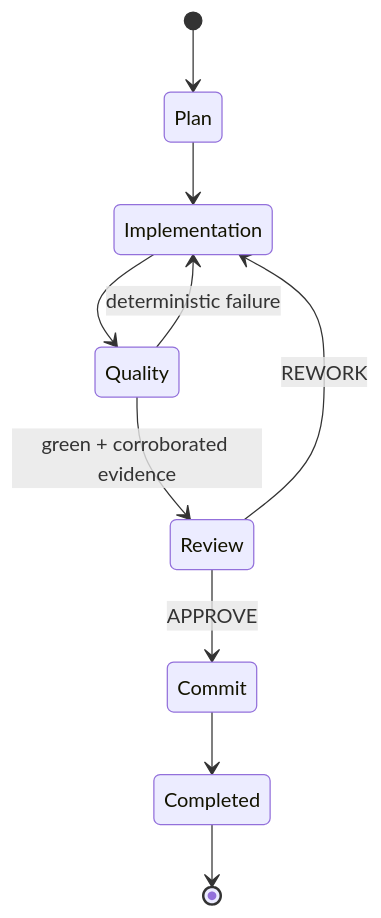
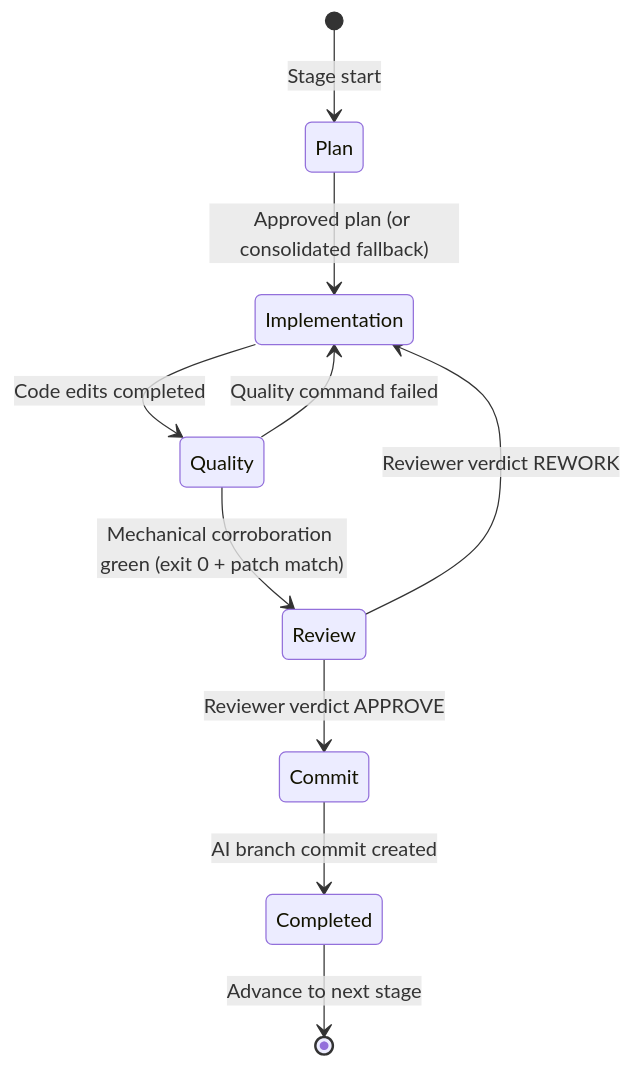
Before and after one commit to blackandcode/ai-universal-coding-harness: the second of 3 diagrams in docs/state-and-resume.md, drawn with Mermaid. The commit also changed other lines of this file and 64 other files, not shown here.

````diff
--- a/docs/state-and-resume.md
+++ b/docs/state-and-resume.md
@@ -18,12 +58,12 @@
 ```mermaid
 stateDiagram-v2
-  [*] --> Plan
-  Plan --> Implementation
-  Implementation --> Quality
-  Quality --> Implementation: deterministic failure
-  Quality --> Review: green + corroborated evidence
-  Review --> Implementation: REWORK
-  Review --> Commit: APPROVE
-  Commit --> Completed
-  Completed --> [*]
+  [*] --> Plan: Stage start
+  Plan --> Implementation: Approved plan (or consolidated fallback)
+  Implementation --> Quality: Code edits completed
+  Quality --> Implementation: Quality command failed
+  Quality --> Review: Mechanical corroboration green (exit 0 + patch match)
+  Review --> Implementation: Reviewer verdict REWORK
+  Review --> Commit: Reviewer verdict APPROVE
+  Commit --> Completed: AI branch commit created
+  Completed --> [*]: Advance to next stage
 ```
````
